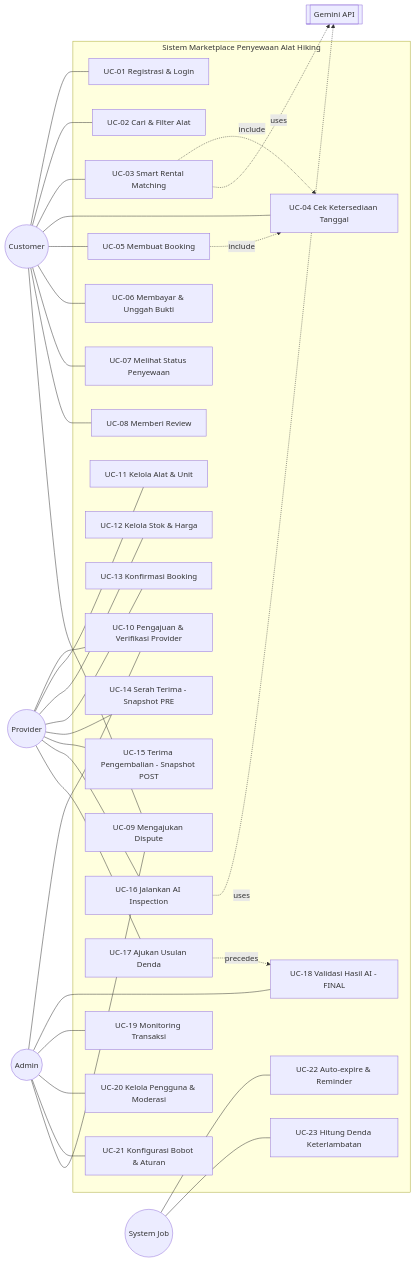
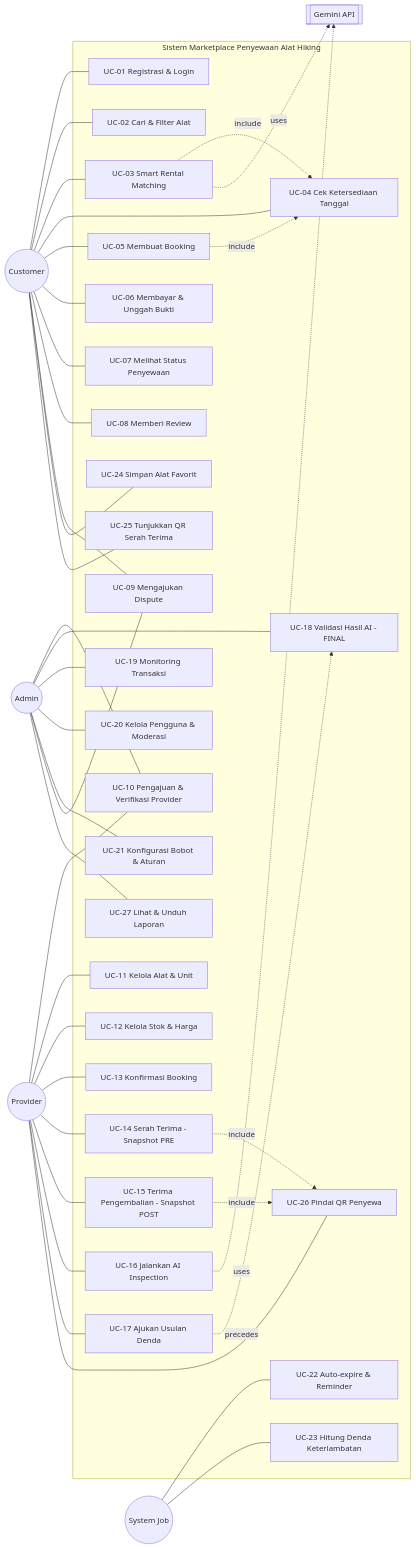
Before and after one commit to DinarAziz/rentgear: the fifth of 5 diagrams in docs/03-FLOW-DAN-USECASE.md, drawn with Mermaid. The commit also changed other lines of this file and 11 other files, not shown here.

````diff
--- a/docs/03-FLOW-DAN-USECASE.md
+++ b/docs/03-FLOW-DAN-USECASE.md
@@ -185,65 +185,75 @@
 ```mermaid
 flowchart LR
     C((Customer))
     P((Provider))
     A((Admin))
     S((System Job))
     G[[Gemini API]]
 
     subgraph UC["Sistem Marketplace Penyewaan Alat Hiking"]
         U1[UC-01 Registrasi & Login]
         U2[UC-02 Cari & Filter Alat]
         U3[UC-03 Smart Rental Matching]
         U4[UC-04 Cek Ketersediaan Tanggal]
         U5[UC-05 Membuat Booking]
         U6[UC-06 Membayar & Unggah Bukti]
         U7[UC-07 Melihat Status Penyewaan]
         U8[UC-08 Memberi Review]
         U9[UC-09 Mengajukan Dispute]
         U10[UC-10 Pengajuan & Verifikasi Provider]
         U11[UC-11 Kelola Alat & Unit]
         U12[UC-12 Kelola Stok & Harga]
         U13[UC-13 Konfirmasi Booking]
         U14[UC-14 Serah Terima - Snapshot PRE]
         U15[UC-15 Terima Pengembalian - Snapshot POST]
         U16[UC-16 Jalankan AI Inspection]
         U17[UC-17 Ajukan Usulan Denda]
         U18[UC-18 Validasi Hasil AI - FINAL]
         U19[UC-19 Monitoring Transaksi]
         U20[UC-20 Kelola Pengguna & Moderasi]
         U21[UC-21 Konfigurasi Bobot & Aturan]
         U22[UC-22 Auto-expire & Reminder]
         U23[UC-23 Hitung Denda Keterlambatan]
+        U24[UC-24 Simpan Alat Favorit]
+        U25[UC-25 Tunjukkan QR Serah Terima]
+        U26[UC-26 Pindai QR Penyewa]
+        U27[UC-27 Lihat & Unduh Laporan]
     end
 
     C --- U1
     C --- U2
     C --- U3
     C --- U4
     C --- U5
     C --- U6
     C --- U7
     C --- U8
     C --- U9
+    C --- U24
+    C --- U25
     P --- U10
     P --- U11
     P --- U12
     P --- U13
     P --- U14
     P --- U15
     P --- U16
     P --- U17
+    P --- U26
     A --- U10
     A --- U18
     A --- U19
     A --- U20
     A --- U21
     A --- U9
+    A --- U27
     S --- U22
     S --- U23
     U3 -.->|include| U4
     U3 -.->|uses| G
     U16 -.->|uses| G
     U5 -.->|include| U4
     U17 -.->|precedes| U18
+    U14 -.->|include| U26
+    U15 -.->|include| U26
 ```
````
